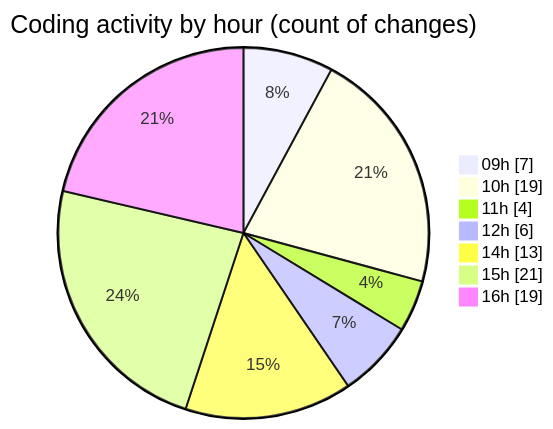
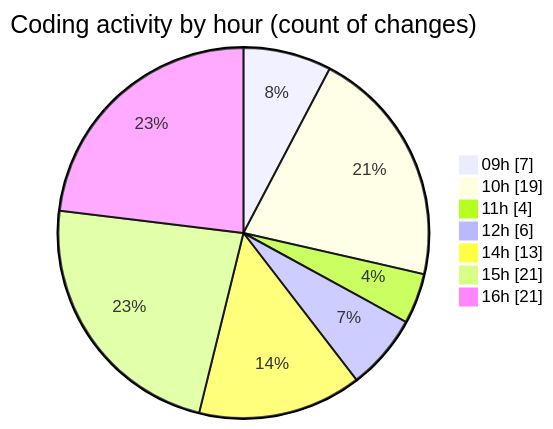
One commit to momahboobian/code-tracking changed the second of 2 diagrams in 2025-11-12/cda/README.md. Above: the diagram before and after it, drawn with Mermaid. The commit also changed other lines of this file and 1 other file, not shown here.

````diff
--- a/2025-11-12/cda/README.md
+++ b/2025-11-12/cda/README.md
@@ -49,11 +49,11 @@
 ```mermaid
 pie showData
 title Coding activity by hour (count of changes)
 "09h" : 7
 "10h" : 19
 "11h" : 4
 "12h" : 6
 "14h" : 13
 "15h" : 21
-"16h" : 19
+"16h" : 21
 ```
````
